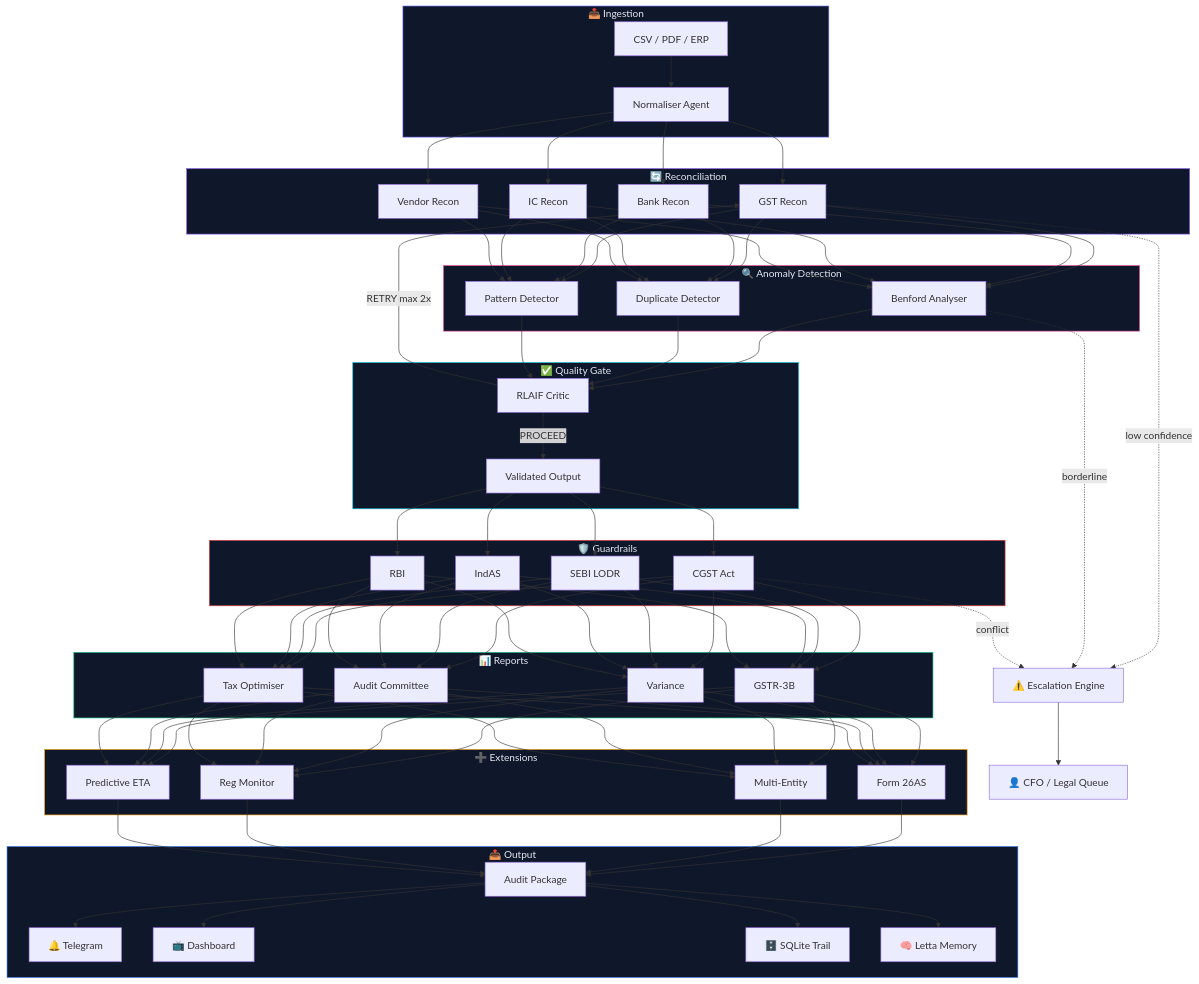
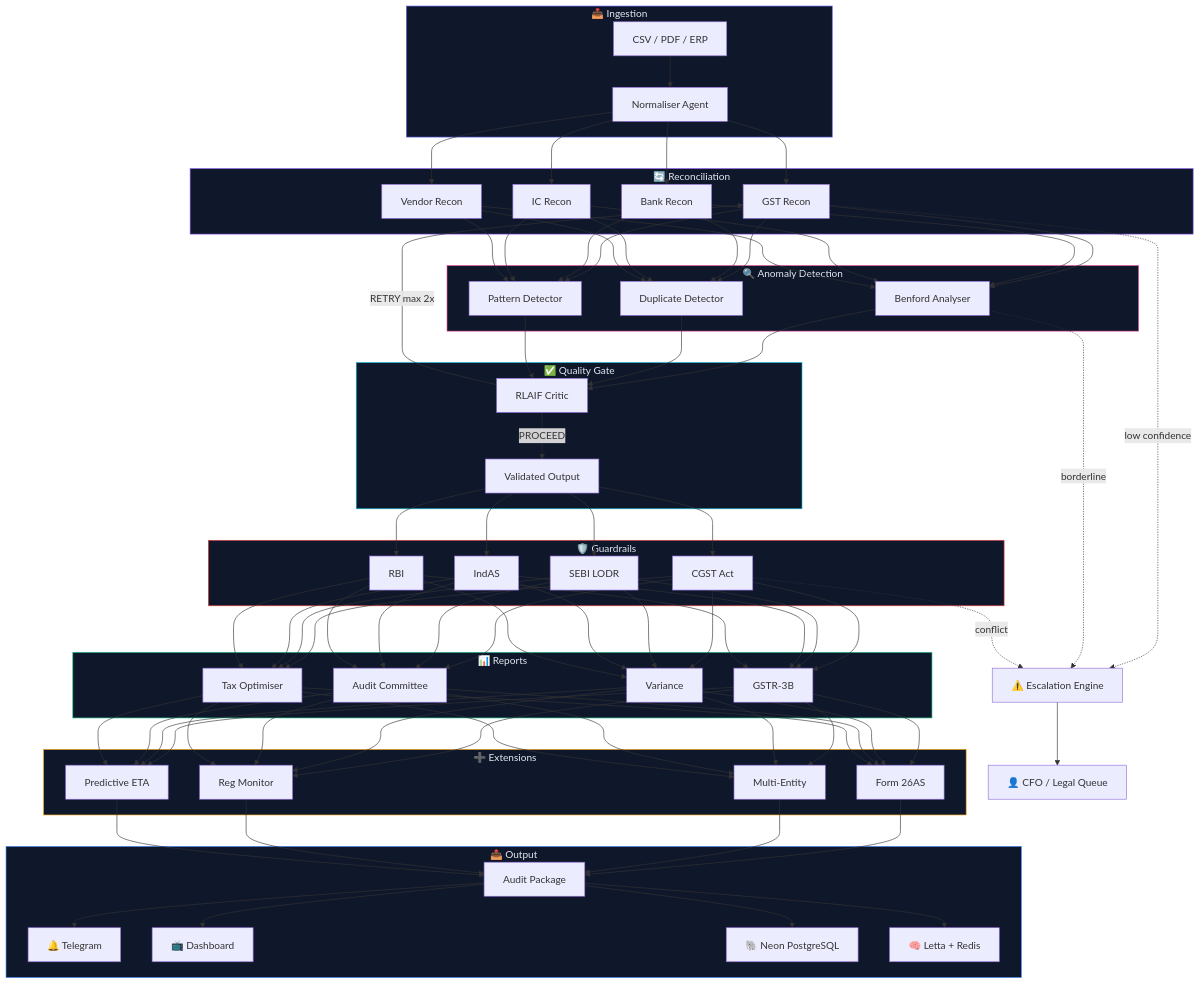
One commit to Pradnesh23/FinClosePilot changed the diagram in README.md. Above: the diagram before and after it, drawn with Mermaid. The commit also changed other lines of this file, not shown here.

Commit message:
docs: update architecture with Neon PostgreSQL and Redis caching

````diff
--- a/README.md
+++ b/README.md
@@ -68,68 +69,68 @@
 ```mermaid
 flowchart TD
     subgraph IN["📥 Ingestion"]
         A["CSV / PDF / ERP"] --> B["Normaliser Agent"]
     end
 
     subgraph RECON["🔄 Reconciliation"]
         B --> C1["GST Recon"]
         B --> C2["Bank Recon"]
         B --> C3["IC Recon"]
         B --> C4["Vendor Recon"]
     end
 
     subgraph ANOM["🔍 Anomaly Detection"]
         C1 & C2 & C3 & C4 --> D1["Benford Analyser"]
         C1 & C2 & C3 & C4 --> D2["Duplicate Detector"]
         C1 & C2 & C3 & C4 --> D3["Pattern Detector"]
     end
 
     subgraph QG["✅ Quality Gate"]
         D1 & D2 & D3 --> E["RLAIF Critic"]
         E -->|"RETRY max 2x"| C1
         E -->|"PROCEED"| F
     end
 
     subgraph GR["🛡️ Guardrails"]
         F["Validated Output"] --> G1["CGST Act"]
         F --> G2["SEBI LODR"]
         F --> G3["IndAS"]
         F --> G4["RBI"]
     end
 
     subgraph RPT["📊 Reports"]
         G1 & G2 & G3 & G4 --> H1["GSTR-3B"]
         G1 & G2 & G3 & G4 --> H2["Variance"]
         G1 & G2 & G3 & G4 --> H3["Audit Committee"]
         G1 & G2 & G3 & G4 --> H4["Tax Optimiser"]
     end
 
     subgraph EXT["➕ Extensions"]
         H1 & H2 & H3 & H4 --> I1["Form 26AS"]
         H1 & H2 & H3 & H4 --> I2["Multi-Entity"]
         H1 & H2 & H3 & H4 --> I3["Reg Monitor"]
         H1 & H2 & H3 & H4 --> I4["Predictive ETA"]
     end
 
     subgraph OUT["📤 Output"]
         I1 & I2 & I3 & I4 --> J["Audit Package"]
         J --> K["🔔 Telegram"]
         J --> L["📺 Dashboard"]
-        J --> M["🗄️ SQLite Trail"]
-        J --> N["🧠 Letta Memory"]
+        J --> M["🐘 Neon PostgreSQL"]
+        J --> N["🧠 Letta + Redis"]
     end
 
     C1 -.->|"low confidence"| ESC["⚠️ Escalation Engine"]
     D1 -.->|"borderline"| ESC
     G1 -.->|"conflict"| ESC
     ESC --> CFO["👤 CFO / Legal Queue"]
 
     style IN fill:#0f172a,stroke:#6366f1,color:#e2e8f0
     style RECON fill:#0f172a,stroke:#8b5cf6,color:#e2e8f0
     style ANOM fill:#0f172a,stroke:#ec4899,color:#e2e8f0
     style QG fill:#0f172a,stroke:#06b6d4,color:#e2e8f0
     style GR fill:#0f172a,stroke:#ef4444,color:#e2e8f0
     style RPT fill:#0f172a,stroke:#10b981,color:#e2e8f0
     style EXT fill:#0f172a,stroke:#f59e0b,color:#e2e8f0
     style OUT fill:#0f172a,stroke:#3b82f6,color:#e2e8f0
 ```
````
